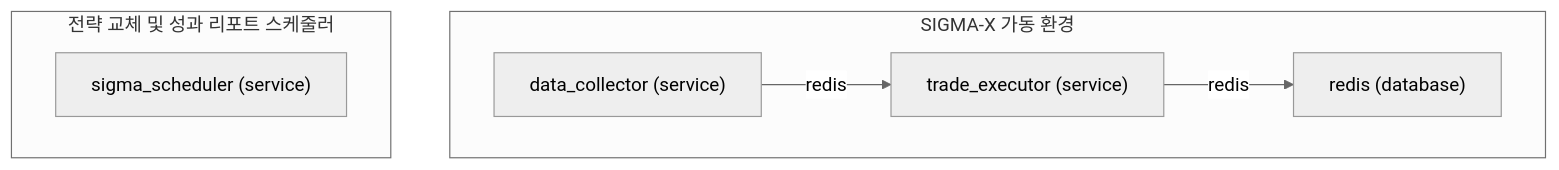
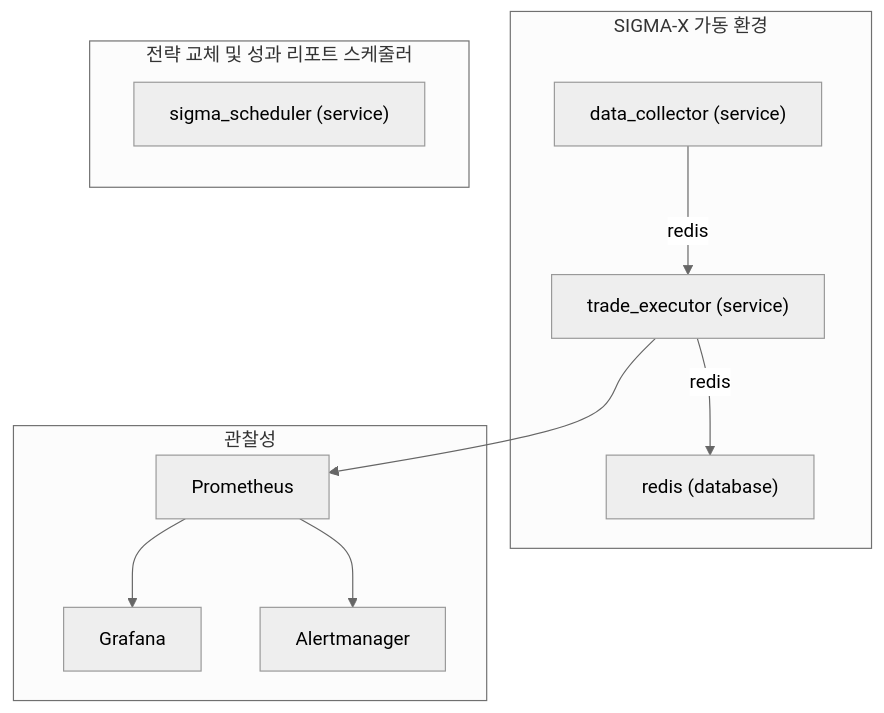
One commit to tjqjaqhd/sigma-x changed the diagram in docs/sigma_system_diagram.mmd. Above: the diagram before and after it, drawn with Mermaid (neutral theme). The commit also changed 23 other files, not shown here.

Commit message:
feat: add observability with Prometheus and Slack

````diff
--- a/docs/sigma_system_diagram.mmd
+++ b/docs/sigma_system_diagram.mmd
@@ -1,13 +1,21 @@
 ```mermaid
 flowchart TD
 subgraph main ["SIGMA-X 가동 환경"]
     data_collector["data_collector (service)"]
     trade_executor["trade_executor (service)"]
     redis["redis (database)"]
 end
     data_collector -->|redis| trade_executor
     trade_executor -->|redis| redis
+    trade_executor --> prometheus
 subgraph scheduler ["전략 교체 및 성과 리포트 스케줄러"]
     sigma_scheduler["sigma_scheduler (service)"]
 end
+subgraph observability ["관찰성"]
+    prometheus["Prometheus"]
+    grafana["Grafana"]
+    alertmanager["Alertmanager"]
+end
+    prometheus --> alertmanager
+    prometheus --> grafana
 ```
````
